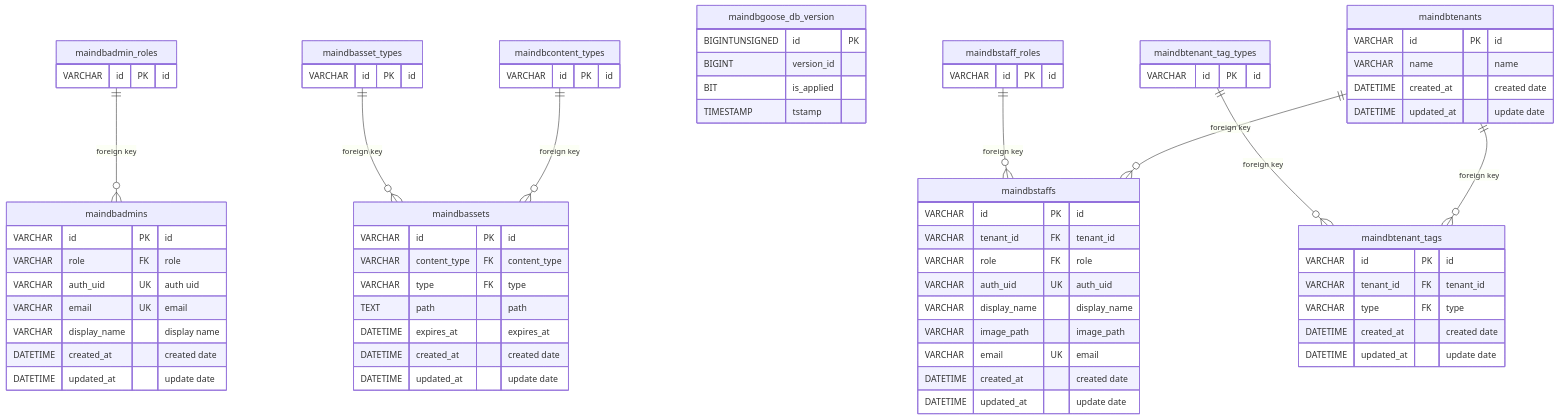
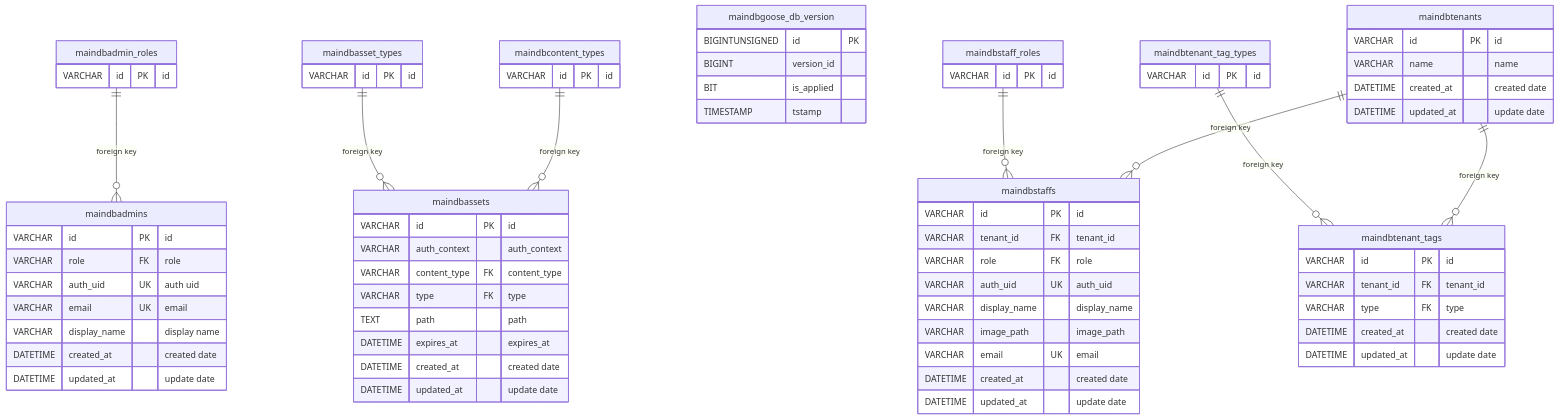
Before and after one commit to abyssparanoia/rapid-go: the diagram in db/mysql/mermaid.mmd, drawn with Mermaid. The commit also changed 88 other files, not shown here.

Commit message:
feat: add auth context in asset

```diff
--- a/db/mysql/mermaid.mmd
+++ b/db/mysql/mermaid.mmd
@@ -1,83 +1,84 @@
 erDiagram
 
   maindbadmin_roles {
     VARCHAR id PK "id"
   }
 
   maindbasset_types {
     VARCHAR id PK "id"
   }
 
   maindbcontent_types {
     VARCHAR id PK "id"
   }
 
   maindbgoose_db_version {
     BIGINTUNSIGNED id PK
     BIGINT version_id
     BIT is_applied
     TIMESTAMP tstamp
   }
 
   maindbstaff_roles {
     VARCHAR id PK "id"
   }
 
   maindbtenant_tag_types {
     VARCHAR id PK "id"
   }
 
   maindbtenants {
     VARCHAR id PK "id"
     VARCHAR name "name"
     DATETIME created_at "created date"
     DATETIME updated_at "update date"
   }
 
   maindbadmins {
     VARCHAR id PK "id"
     VARCHAR role FK "role"
     VARCHAR auth_uid UK "auth uid"
     VARCHAR email UK "email"
     VARCHAR display_name "display name"
     DATETIME created_at "created date"
     DATETIME updated_at "update date"
   }
 
   maindbassets {
     VARCHAR id PK "id"
+    VARCHAR auth_context "auth_context"
     VARCHAR content_type FK "content_type"
     VARCHAR type FK "type"
     TEXT path "path"
     DATETIME expires_at "expires_at"
     DATETIME created_at "created date"
     DATETIME updated_at "update date"
   }
 
   maindbstaffs {
     VARCHAR id PK "id"
     VARCHAR tenant_id FK "tenant_id"
     VARCHAR role FK "role"
     VARCHAR auth_uid UK "auth_uid"
     VARCHAR display_name "display_name"
     VARCHAR image_path "image_path"
     VARCHAR email UK "email"
     DATETIME created_at "created date"
     DATETIME updated_at "update date"
   }
 
   maindbtenant_tags {
     VARCHAR id PK "id"
     VARCHAR tenant_id FK "tenant_id"
     VARCHAR type FK "type"
     DATETIME created_at "created date"
     DATETIME updated_at "update date"
   }
 
   maindbadmin_roles ||--o{ maindbadmins : "foreign key"
   maindbasset_types ||--o{ maindbassets : "foreign key"
   maindbcontent_types ||--o{ maindbassets : "foreign key"
   maindbstaff_roles ||--o{ maindbstaffs : "foreign key"
   maindbtenant_tag_types ||--o{ maindbtenant_tags : "foreign key"
   maindbtenants ||--o{ maindbstaffs : "foreign key"
   maindbtenants ||--o{ maindbtenant_tags : "foreign key"
```
